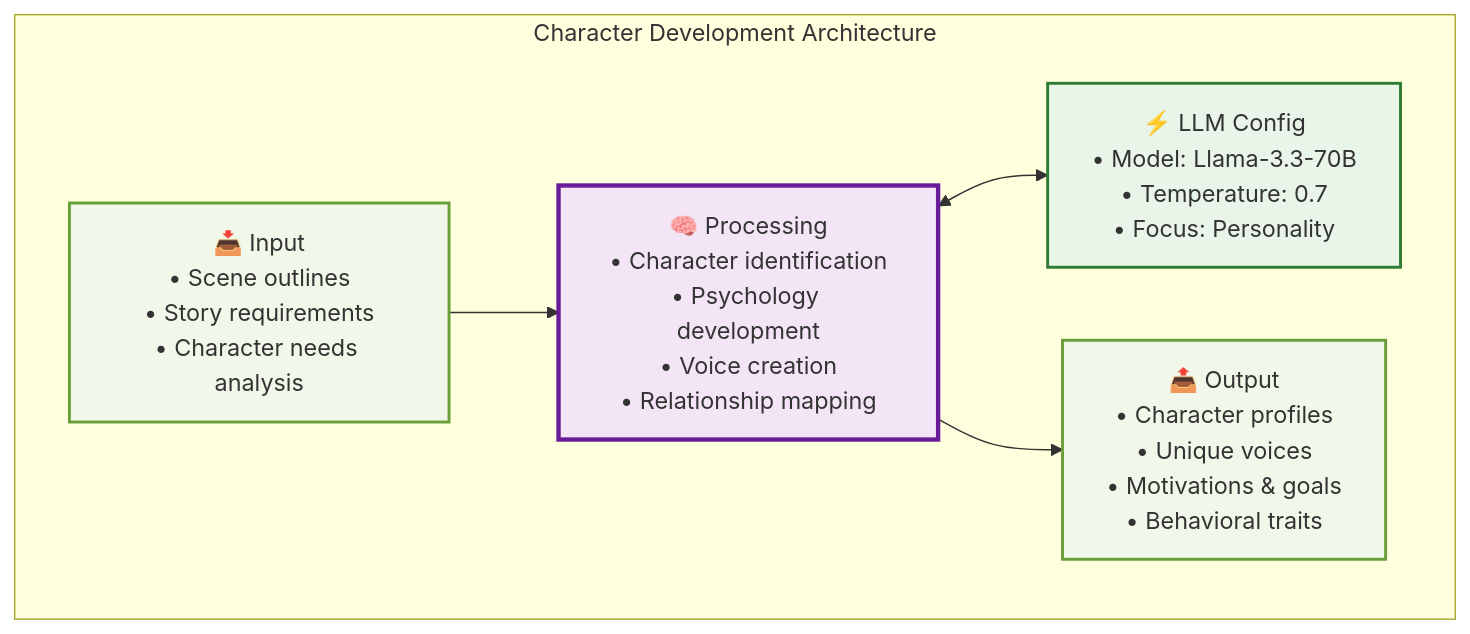
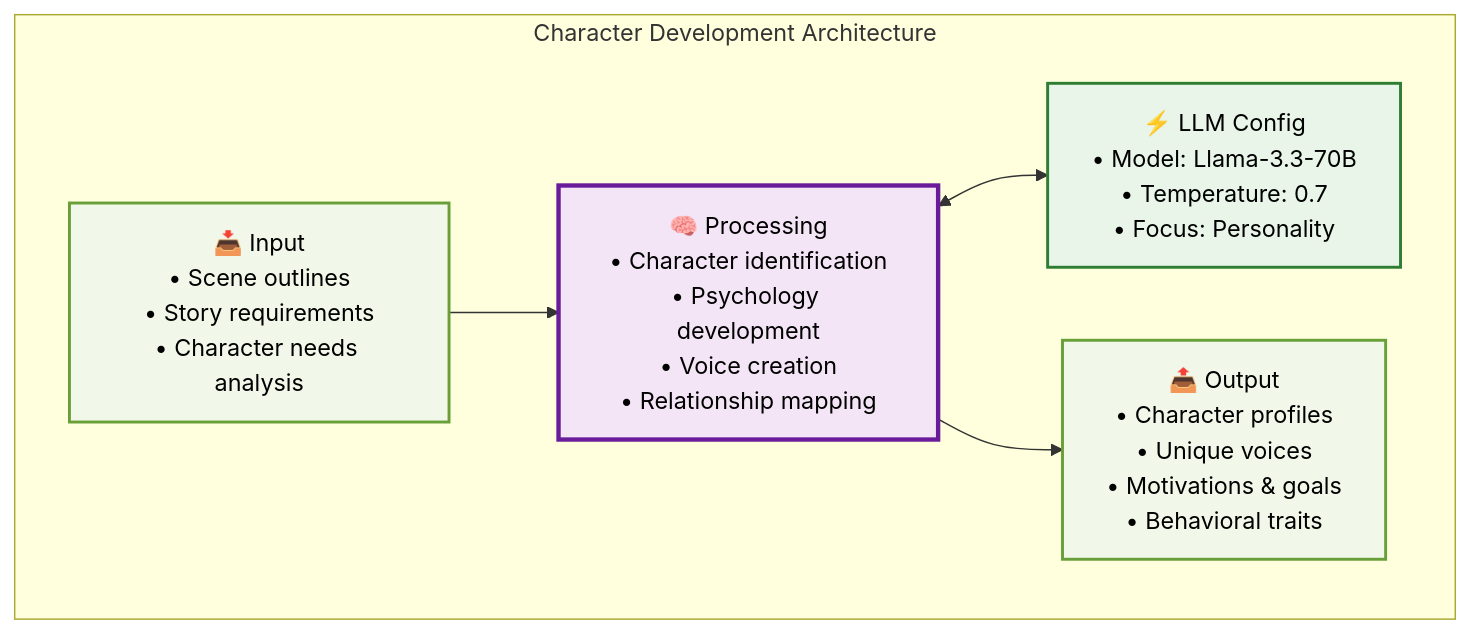
The sixth of 13 diagrams in movie-mas/Presentation/Movie-Scene-Creator-Presentation.md (drMy5tery/Movie-Scene-Creator), drawn with Mermaid before and after one commit. The commit also changed other lines of this file, not shown here.

````diff
--- a/movie-mas/Presentation/Movie-Scene-Creator-Presentation.md
+++ b/movie-mas/Presentation/Movie-Scene-Creator-Presentation.md
@@ -349,21 +349,21 @@
 ```mermaid
 graph TB
     subgraph "Character Development Architecture"
         INPUT[📥 Input<br/>• Scene outlines<br/>• Story requirements<br/>• Character needs analysis]
         
         PROCESS[🧠 Processing<br/>• Character identification<br/>• Psychology development<br/>• Voice creation<br/>• Relationship mapping]
         
         LLM[⚡ LLM Config<br/>• Model: Llama-3.3-70B<br/>• Temperature: 0.7<br/>• Focus: Personality]
         
         OUTPUT[📤 Output<br/>• Character profiles<br/>• Unique voices<br/>• Motivations & goals<br/>• Behavioral traits]
         
         INPUT --> PROCESS
         PROCESS <--> LLM
         PROCESS --> OUTPUT
         
-        style INPUT fill:#f1f8e9,stroke:#689f38,stroke-width:2px
-        style PROCESS fill:#f3e5f5,stroke:#6a1b9a,stroke-width:3px
-        style LLM fill:#e8f5e8,stroke:#2e7d32,stroke-width:2px
-        style OUTPUT fill:#f1f8e9,stroke:#689f38,stroke-width:2px
+        style INPUT fill:#f1f8e9,stroke:#689f38,stroke-width:2px,color:#000000
+        style PROCESS fill:#f3e5f5,stroke:#6a1b9a,stroke-width:3px,color:#000000
+        style LLM fill:#e8f5e8,stroke:#2e7d32,stroke-width:2px,color:#000000
+        style OUTPUT fill:#f1f8e9,stroke:#689f38,stroke-width:2px,color:#000000
     end
 ```
````
